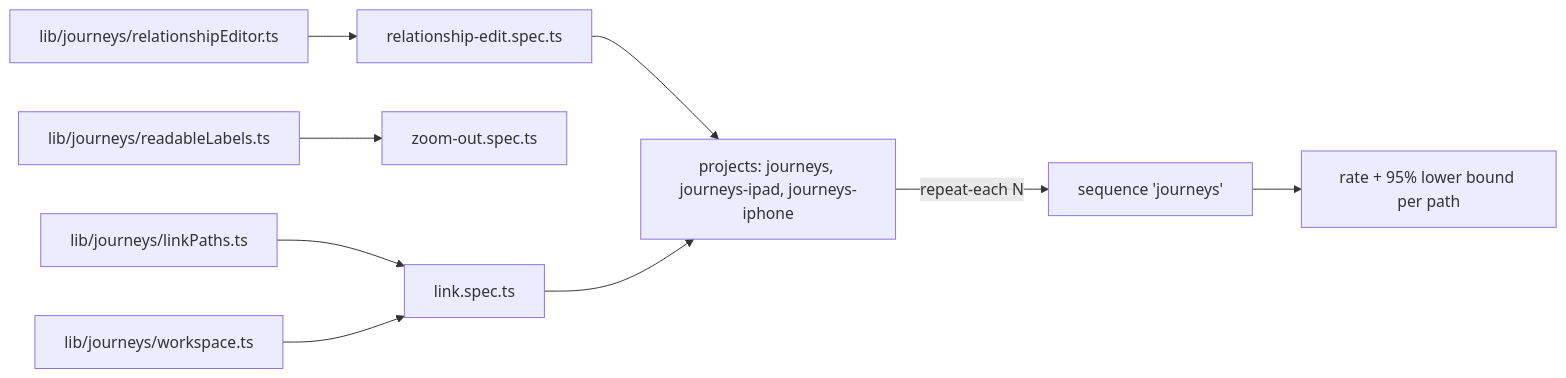
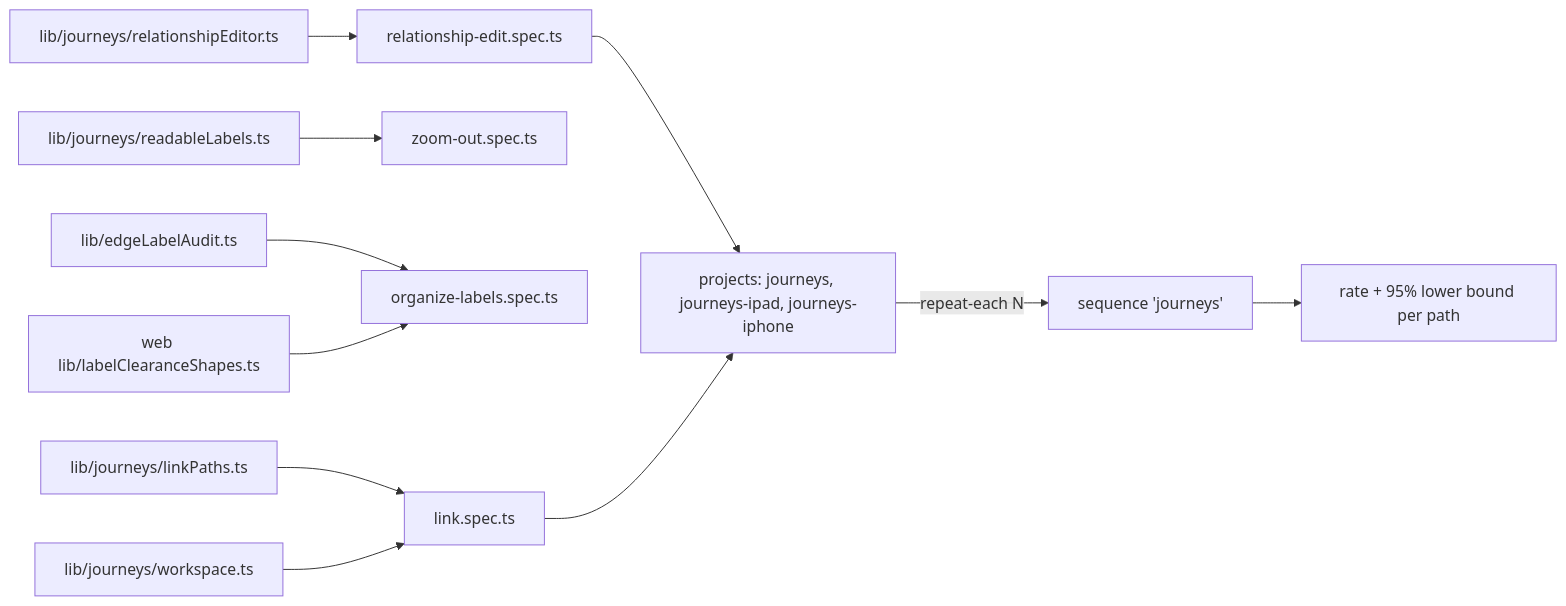
One commit to GraphDone/GraphDone-Core changed the diagram in tests/e2e/journeys/README.md. Above: the diagram before and after it, drawn with Mermaid. The commit also changed other lines of this file and 28 other files, not shown here.

````diff
--- a/tests/e2e/journeys/README.md
+++ b/tests/e2e/journeys/README.md
@@ -11,11 +12,13 @@
 ```mermaid
 flowchart LR
   paths["lib/journeys/linkPaths.ts"] --> spec["link.spec.ts"]
   labels["lib/journeys/readableLabels.ts"] --> zoom["zoom-out.spec.ts"]
   ws["lib/journeys/workspace.ts"] --> spec
+  audit["lib/edgeLabelAudit.ts"] --> org["organize-labels.spec.ts"]
+  shapes["web lib/labelClearanceShapes.ts"] --> org
   ed["lib/journeys/relationshipEditor.ts"] --> rel["relationship-edit.spec.ts"]
   rel --> proj
   spec --> proj["projects: journeys, journeys-ipad, journeys-iphone"]
   proj -->|"repeat-each N"| seq["sequence 'journeys'"]
   seq --> rep["rate + 95% lower bound per path"]
 ```
````
